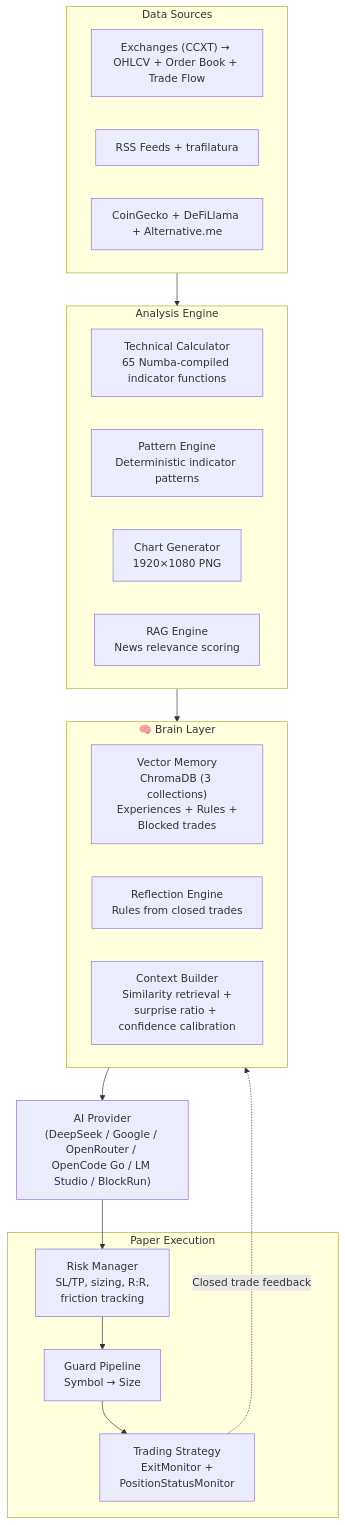
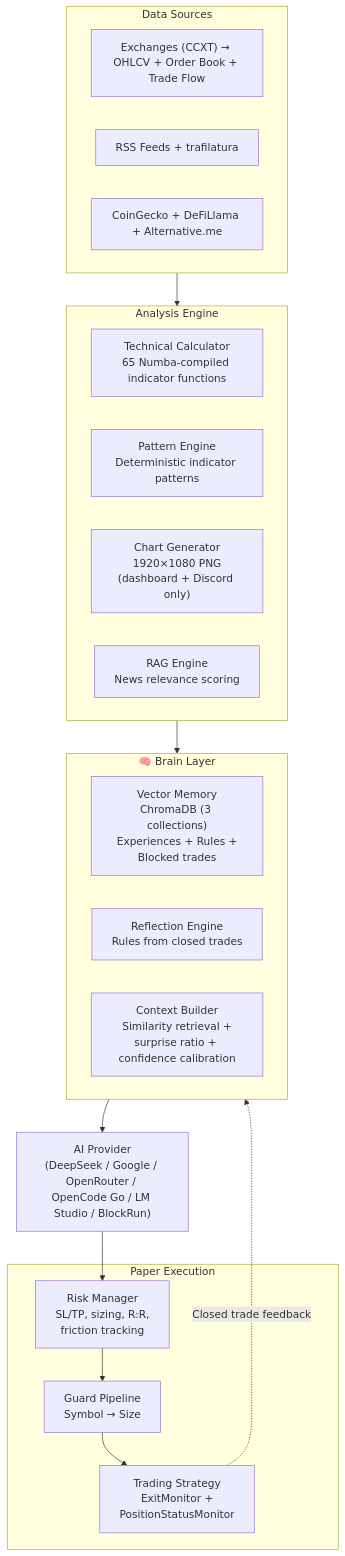
Before and after one commit to qrak/LLM_trader: the diagram in README.md, drawn with Mermaid. The commit also changed other lines of this file and 75 other files, not shown here.

````diff
--- a/README.md
+++ b/README.md
@@ -110,29 +113,29 @@
 ```mermaid
 flowchart TB
     subgraph Data["Data Sources"]
         EX["Exchanges (CCXT) → OHLCV + Order Book + Trade Flow"]
         NEWS["RSS Feeds + trafilatura"]
         FUND["CoinGecko + DeFiLlama + Alternative.me"]
     end
     subgraph Analysis["Analysis Engine"]
         TC["Technical Calculator<br/>65 Numba-compiled indicator functions"]
         PE["Pattern Engine<br/>Deterministic indicator patterns"]
-        CG["Chart Generator<br/>1920×1080 PNG"]
+        CG["Chart Generator<br/>1920×1080 PNG<br/>(dashboard + Discord only)"]
         RAG["RAG Engine<br/>News relevance scoring"]
     end
     subgraph Brain["🧠 Brain Layer"]
         VM["Vector Memory<br/>ChromaDB (3 collections)<br/>Experiences + Rules +<br/>Blocked trades"]
         REFL["Reflection Engine<br/>Rules from closed trades"]
         CTX["Context Builder<br/>Similarity retrieval +<br/>surprise ratio + confidence calibration"]
     end
     subgraph Execution["Paper Execution"]
         RP["Risk Manager<br/>SL/TP, sizing, R:R,<br/>friction tracking"]
         GP["Guard Pipeline<br/>Symbol → Size"]
         STRAT["Trading Strategy<br/>ExitMonitor +<br/>PositionStatusMonitor"]
     end
     Data --> Analysis
     Analysis --> Brain
     Brain --> AI["AI Provider<br/>(DeepSeek / Google / OpenRouter / OpenCode Go / LM Studio / BlockRun)"]
     AI --> RP --> GP --> STRAT
     STRAT -.->|Closed trade feedback| Brain
 ```
````
